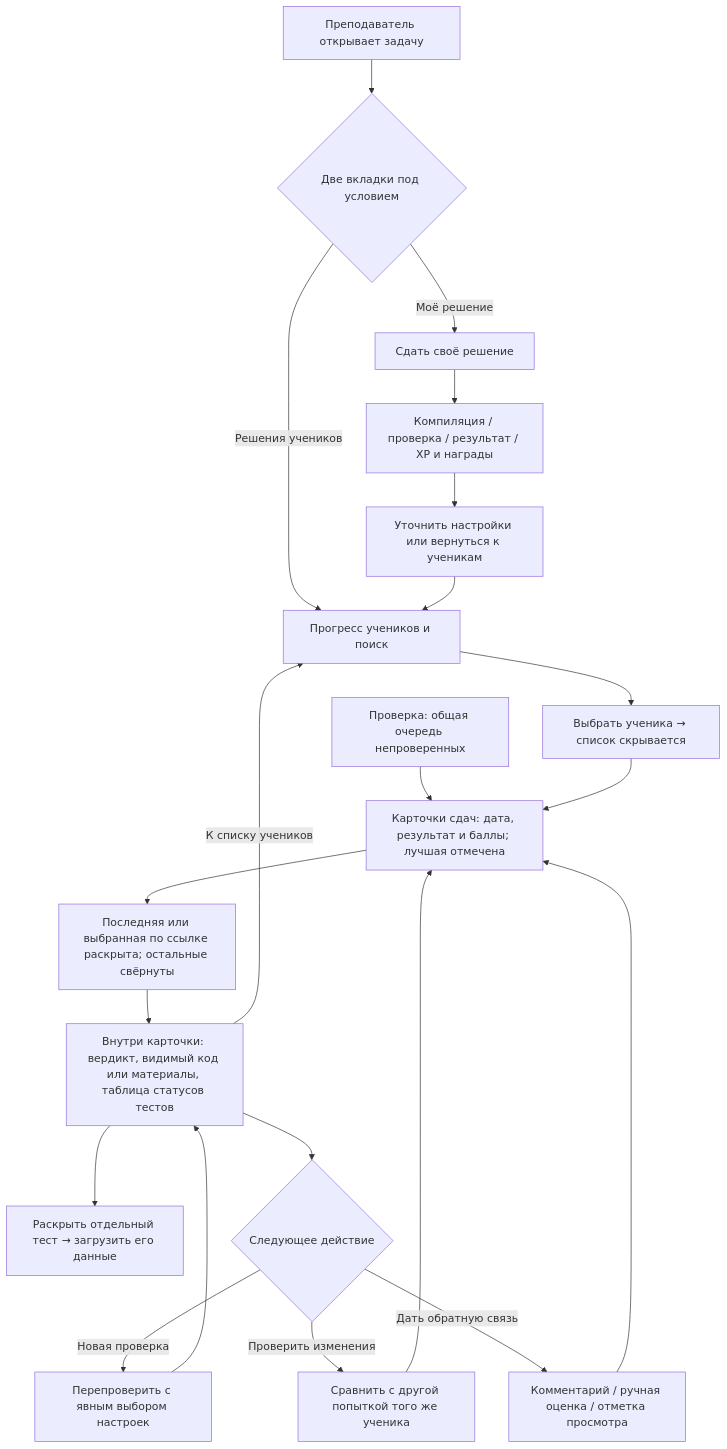
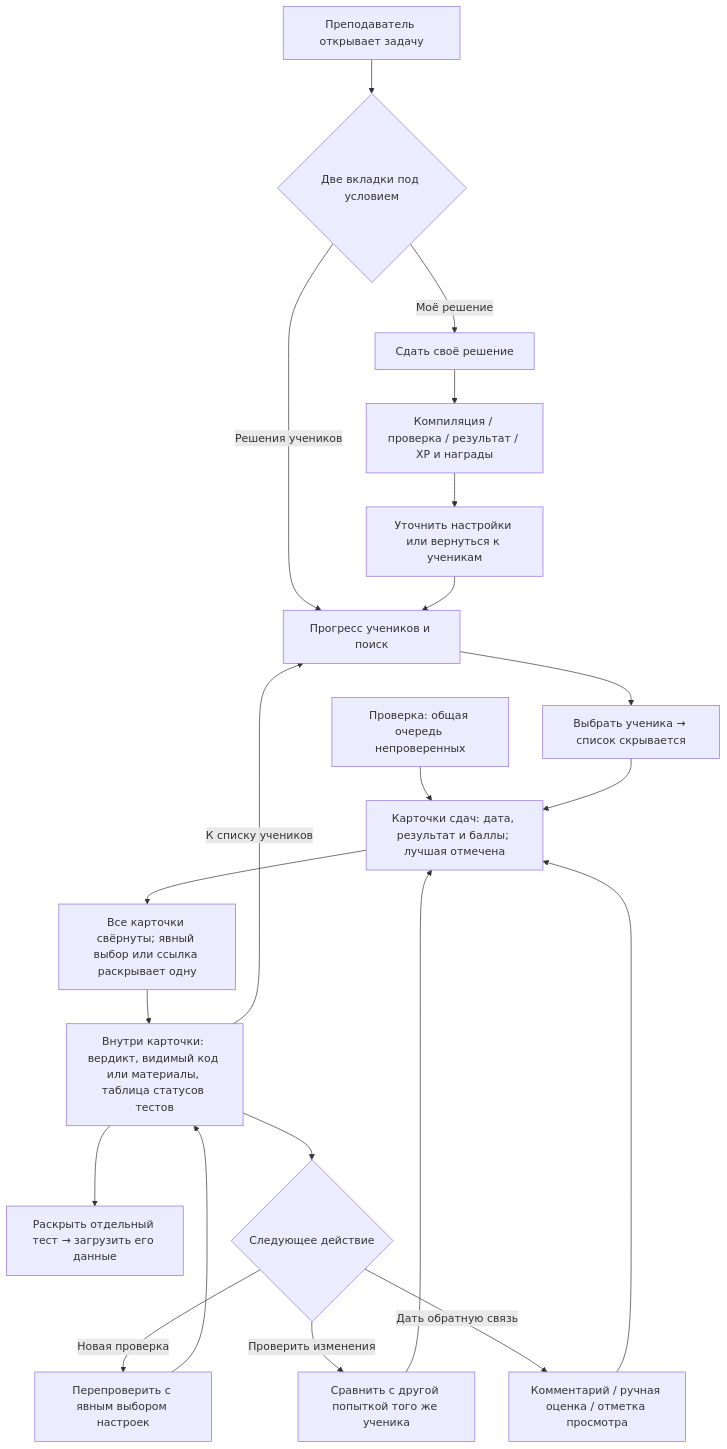
The first of 2 diagrams in docs/ux/task-checking-flows.md (roctbb/CodingProjects), drawn with Mermaid before and after one commit. The commit also changed other lines of this file and 44 other files, not shown here.

Commit message:
Unify submission flow and restore archived source previews

````diff
--- a/docs/ux/task-checking-flows.md
+++ b/docs/ux/task-checking-flows.md
@@ -8,23 +8,23 @@
 ```mermaid
 flowchart TD
     T[Преподаватель открывает задачу] --> TC{Две вкладки под условием}
     TC -->|Моё решение| TP[Сдать своё решение]
     TP --> TS[Компиляция / проверка / результат / XP и награды]
     TS --> TF[Уточнить настройки или вернуться к ученикам]
     TC -->|Решения учеников| TL[Прогресс учеников и поиск]
     TL --> TU[Выбрать ученика → список скрывается]
     Q[Проверка: общая очередь непроверенных] --> TA
     TU --> TA[Карточки сдач: дата, результат и баллы; лучшая отмечена]
-    TA --> AC[Последняя или выбранная по ссылке раскрыта; остальные свёрнуты]
+    TA --> AC[Все карточки свёрнуты; явный выбор или ссылка раскрывает одну]
     AC --> TR[Внутри карточки: вердикт, видимый код или материалы, таблица статусов тестов]
     TR --> TT[Раскрыть отдельный тест → загрузить его данные]
     TR --> TD{Следующее действие}
     TD -->|Дать обратную связь| TM[Комментарий / ручная оценка / отметка просмотра]
     TD -->|Проверить изменения| TX[Сравнить с другой попыткой того же ученика]
     TD -->|Новая проверка| TE[Перепроверить с явным выбором настроек]
     TM --> TA
     TX --> TA
     TE --> TR
     TR -->|К списку учеников| TL
     TF --> TL
 ```
````
